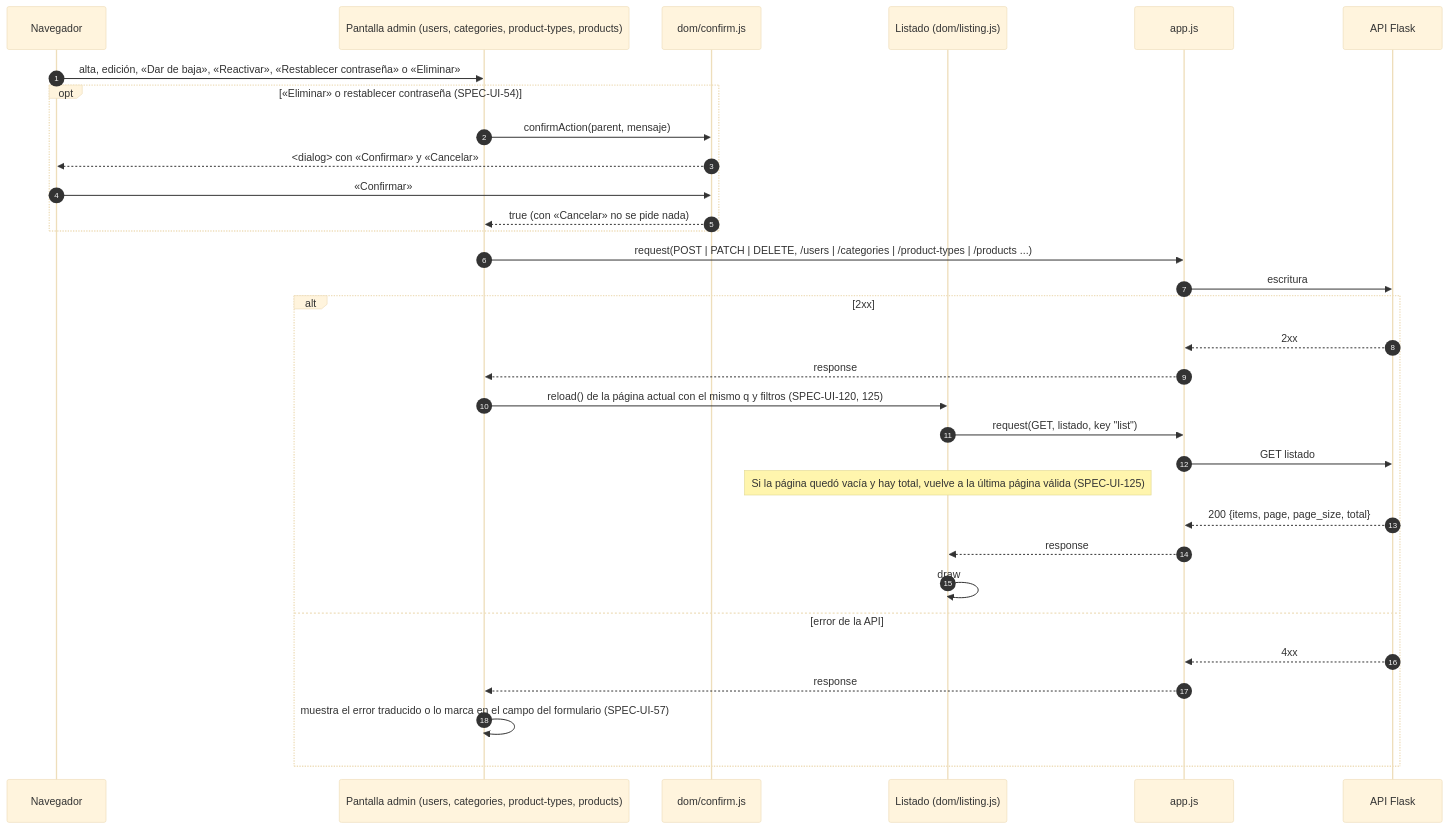
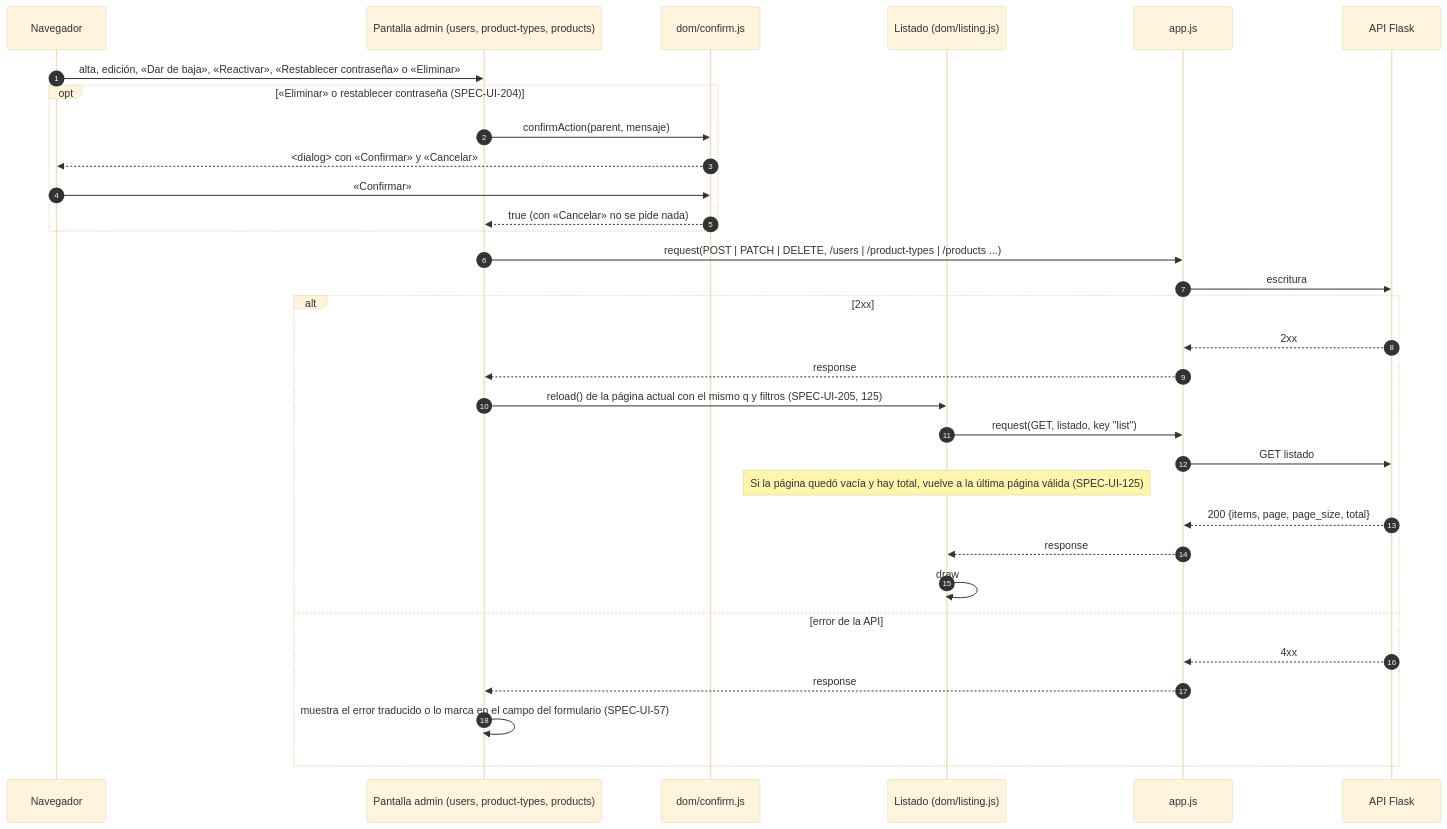
One commit to Diazfe-dev/AyED-III-python-ticket-service changed the ninth of 10 diagrams in diagrams/sequences/07-ui.md. Above: the diagram before and after it, drawn with Mermaid (base theme). The commit also changed other lines of this file and 2 other files, not shown here.

Commit message:
docs(diagrams): update the UI sequences and Front package for the removed categories (T-UI-55)

````diff
--- a/diagrams/sequences/07-ui.md
+++ b/diagrams/sequences/07-ui.md
@@ -307,35 +307,35 @@
 ```mermaid
 sequenceDiagram
     autonumber
     participant B as Navegador
-    participant P as Pantalla admin (users, categories, product-types, products)
+    participant P as Pantalla admin (users, product-types, products)
     participant CF as dom/confirm.js
     participant L as Listado (dom/listing.js)
     participant A as app.js
     participant API as API Flask
 
     B->>P: alta, edición, «Dar de baja», «Reactivar», «Restablecer contraseña» o «Eliminar»
-    opt «Eliminar» o restablecer contraseña (SPEC-UI-54)
+    opt «Eliminar» o restablecer contraseña (SPEC-UI-204)
         P->>CF: confirmAction(parent, mensaje)
         CF-->>B: <dialog> con «Confirmar» y «Cancelar»
         B->>CF: «Confirmar»
         CF-->>P: true (con «Cancelar» no se pide nada)
     end
-    P->>A: request(POST | PATCH | DELETE, /users | /categories | /product-types | /products ...)
+    P->>A: request(POST | PATCH | DELETE, /users | /product-types | /products ...)
     A->>API: escritura
     alt 2xx
         API-->>A: 2xx
         A-->>P: response
-        P->>L: reload() de la página actual con el mismo q y filtros (SPEC-UI-120, 125)
+        P->>L: reload() de la página actual con el mismo q y filtros (SPEC-UI-205, 125)
         L->>A: request(GET, listado, key "list")
         A->>API: GET listado
         Note over L: Si la página quedó vacía y hay total, vuelve a la última página válida (SPEC-UI-125)
         API-->>A: 200 {items, page, page_size, total}
         A-->>L: response
         L->>L: draw
     else error de la API
         API-->>A: 4xx
         A-->>P: response
         P->>P: muestra el error traducido o lo marca en el campo del formulario (SPEC-UI-57)
     end
 ```
````
